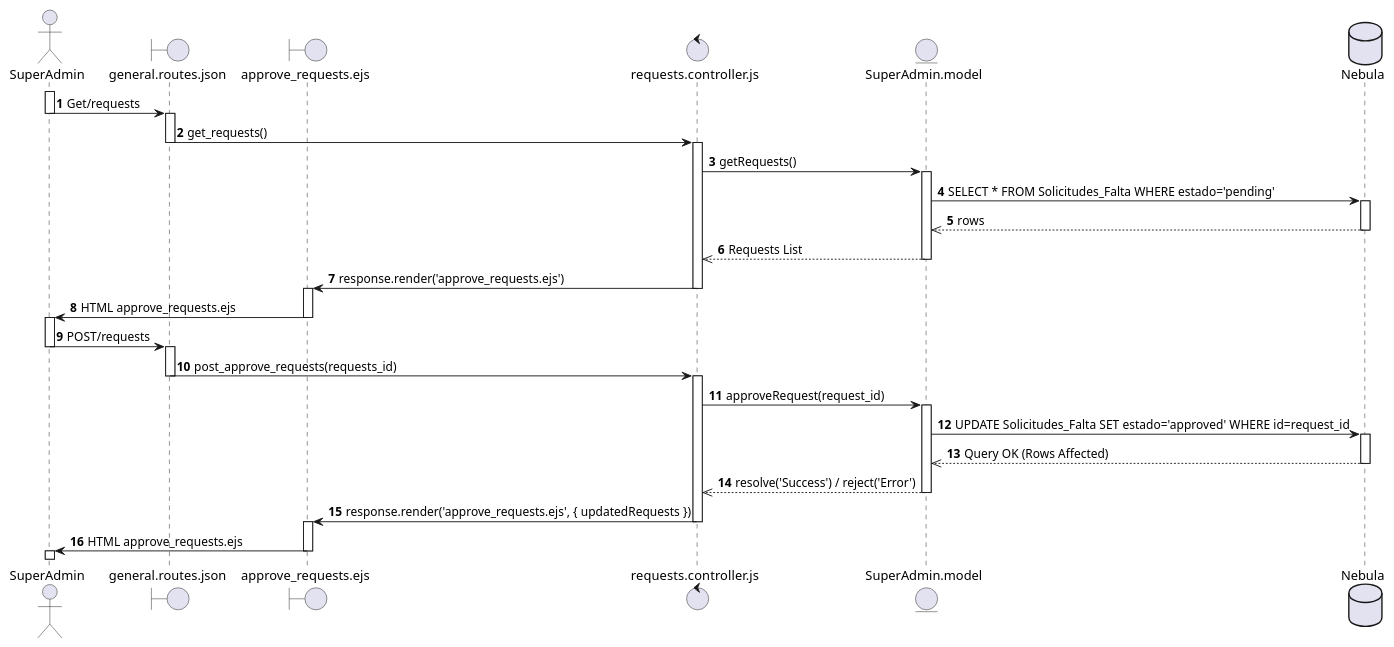
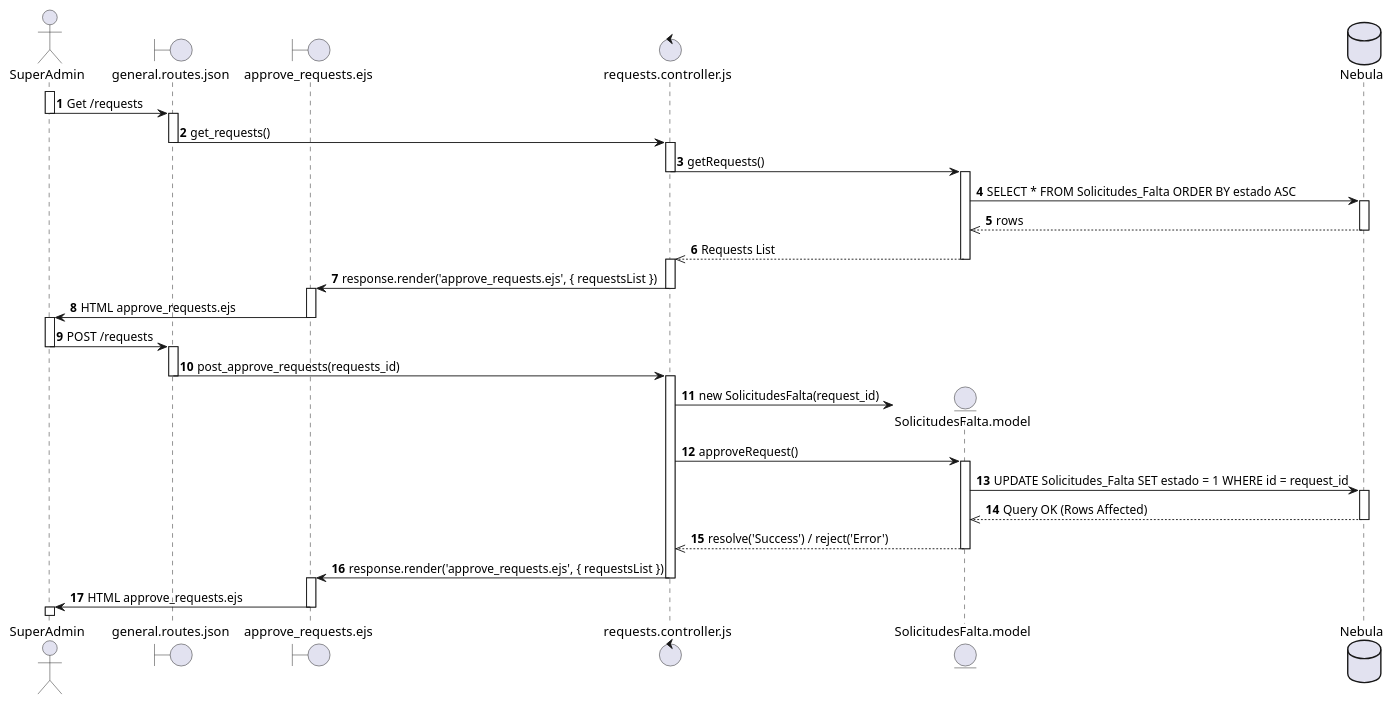
Before and after one commit to SALV19/Nebula_tc2005b: the diagram in diagramas_secuencia/req27.puml, drawn with PlantUML. The commit also changed other lines of this file, not shown here.

Commit message:
[UPDATED] uml sequence diagram

```diff
--- a/diagramas_secuencia/req27.puml
+++ b/diagramas_secuencia/req27.puml
@@ -2,66 +1,71 @@
 @startuml REQ_27
 autonumber
 actor SuperAdmin as S
 boundary general.routes.json as SRoute
 boundary approve_requests.ejs as Requests
 control requests.controller.js as SController
-entity SuperAdmin.model as SModel
+entity SolicitudesFalta.model as SModel
 database Nebula as db
 
+' ---- CONSULTAR SOLICITUDES ----
 activate S
-S -> SRoute : Get/requests
+S -> SRoute : Get /requests
 deactivate S
 
 activate SRoute
 SRoute -> SController : get_requests()
 deactivate SRoute
 
 activate SController
 SController -> SModel : getRequests()
+deactivate SController
 
 activate SModel 
-SModel -> db : SELECT * FROM Solicitudes_Falta WHERE estado='pending'
+SModel -> db : SELECT * FROM Solicitudes_Falta ORDER BY estado ASC
 activate db
 db -->> SModel : rows
 deactivate db
+
 SModel -->> SController : Requests List
 deactivate SModel
 
-SController -> Requests : response.render('approve_requests.ejs')
+activate SController
+SController -> Requests : response.render('approve_requests.ejs', { requestsList })
+deactivate SController
+
+activate Requests
+Requests -> S : HTML approve_requests.ejs
+deactivate Requests
+
+' ---- APROBAR SOLICITUD ----
+activate S
+S -> SRoute : POST /requests
+deactivate S
+
+activate SRoute
+SRoute -> SController : post_approve_requests(requests_id)
+deactivate SRoute
+
+activate SController 
+create SModel
+SController -> SModel : new SolicitudesFalta(request_id)
+SController -> SModel : approveRequest()
+
+activate SModel
+SModel -> db : UPDATE Solicitudes_Falta SET estado = 1 WHERE id = request_id
+activate db
+db -->> SModel : Query OK (Rows Affected)
+deactivate db
+
+SModel -->> SController : resolve('Success') / reject('Error')
+deactivate SModel
+
+SController -> Requests : response.render('approve_requests.ejs', { requestsList })
 deactivate SController
 
 activate Requests
 Requests -> S : HTML approve_requests.ejs
 deactivate Requests
 
 activate S
-S -> SRoute : POST/requests
-deactivate S
-
-activate SRoute
-SRoute -> SController : post_approve_requests(requests_id)
-deactivate SRoute
-
-activate SController 
-SController -> SModel : approveRequest(request_id)
-
-
-activate SModel
-SModel -> db : UPDATE Solicitudes_Falta SET estado='approved' WHERE id=request_id
-activate db
-db -->> SModel : Query OK (Rows Affected)
-deactivate db
-SModel -->> SController : resolve('Success') / reject('Error')
-deactivate SModel
-
-SController -> Requests : response.render('approve_requests.ejs', { updatedRequests })
-deactivate SController
-
-activate Requests
-Requests -> S : HTML approve_requests.ejs
-deactivate Requests
-
-activate S
-
-
-@enduml 
+@enduml
```
